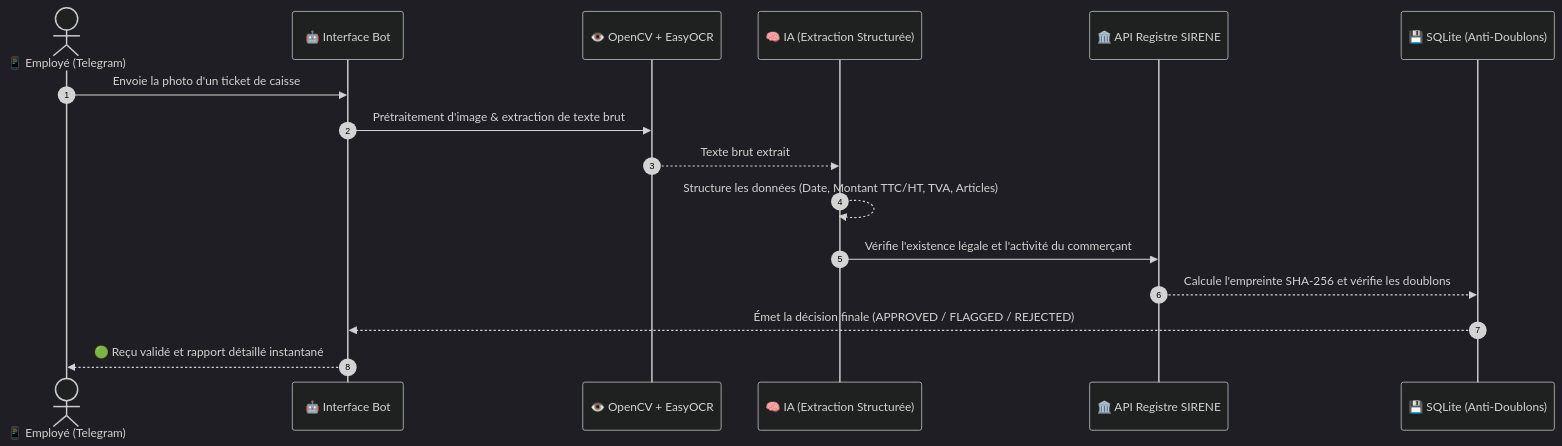
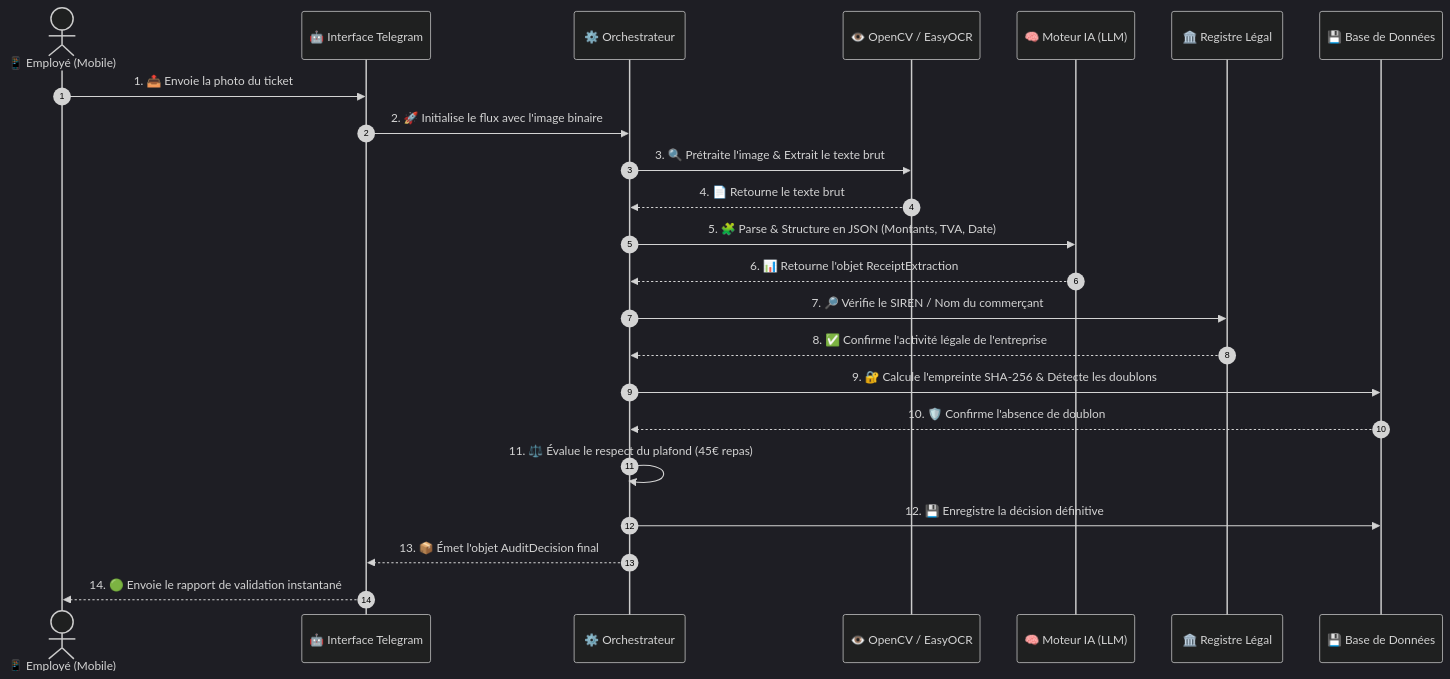
The second of 2 diagrams in README.md (clairedata/expensyguard), drawn with Mermaid (dark theme) before and after one commit. The commit also changed other lines of this file, not shown here.

Commit message:
docs: ajout des verbes d'action sur les diagrammes d'architecture

````diff
--- a/README.md
+++ b/README.md
@@ -50,19 +57,26 @@
 ```mermaid
 sequenceDiagram
     autonumber
-    actor Employe as 📱 Employé (Telegram)
-    participant Bot as 🤖 Interface Bot
-    participant OCR as 👁️ OpenCV + EasyOCR
-    participant LLM as 🧠 IA (Extraction Structurée)
-    participant API as 🏛️ API Registre SIRENE
-    participant DB as 💾 SQLite (Anti-Doublons)
+    actor Employe as 📱 Employé (Mobile)
+    participant Bot as 🤖 Interface Telegram
+    participant LangGraph as ⚙️ Orchestrateur
+    participant OCR as 👁️ OpenCV / EasyOCR
+    participant LLM as 🧠 Moteur IA (LLM)
+    participant SIRENE as 🏛️ Registre Légal
+    participant SQLite as 💾 Base de Données
 
-    Employe->>Bot: Envoie la photo d'un ticket de caisse
-    Bot->>OCR: Prétraitement d'image & extraction de texte brut
-    OCR-->>LLM: Texte brut extrait
-    LLM-->>LLM: Structure les données (Date, Montant TTC/HT, TVA, Articles)
-    LLM->>API: Vérifie l'existence légale et l'activité du commerçant
-    API-->>DB: Calcule l'empreinte SHA-256 et vérifie les doublons
-    DB-->>Bot: Émet la décision finale (APPROVED / FLAGGED / REJECTED)
-    Bot-->>Employe: 🟢 Reçu validé et rapport détaillé instantané
+    Employe->>Bot: 1. 📤 Envoie la photo du ticket
+    Bot->>LangGraph: 2. 🚀 Initialise le flux avec l'image binaire
+    LangGraph->>OCR: 3. 🔍 Prétraite l'image & Extrait le texte brut
+    OCR-->>LangGraph: 4. 📄 Retourne le texte brut
+    LangGraph->>LLM: 5. 🧩 Parse & Structure en JSON (Montants, TVA, Date)
+    LLM-->>LangGraph: 6. 📊 Retourne l'objet ReceiptExtraction
+    LangGraph->>SIRENE: 7. 🔎 Vérifie le SIREN / Nom du commerçant
+    SIRENE-->>LangGraph: 8. ✅ Confirme l'activité légale de l'entreprise
+    LangGraph->>SQLite: 9. 🔐 Calcule l'empreinte SHA-256 & Détecte les doublons
+    SQLite-->>LangGraph: 10. 🛡️ Confirme l'absence de doublon
+    LangGraph->>LangGraph: 11. ⚖️ Évalue le respect du plafond (45€ repas)
+    LangGraph->>SQLite: 12. 💾 Enregistre la décision définitive
+    LangGraph-->>Bot: 13. 📦 Émet l'objet AuditDecision final
+    Bot-->>Employe: 14. 🟢 Envoie le rapport de validation instantané
 ```
````
